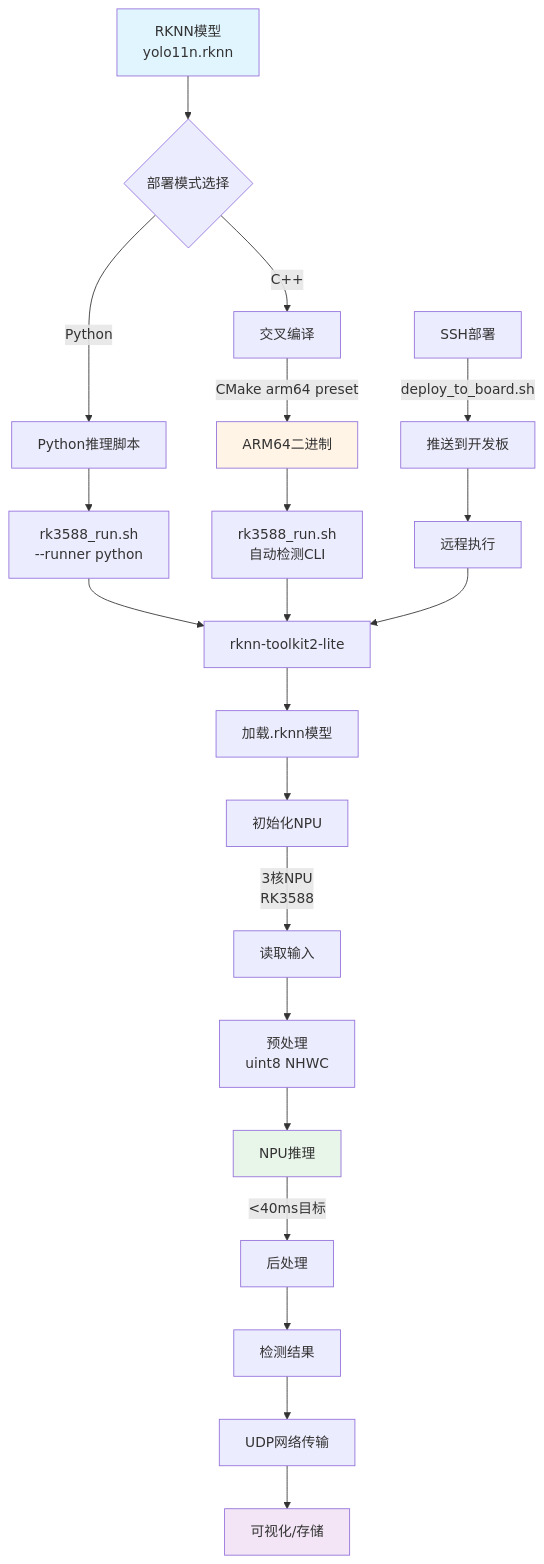
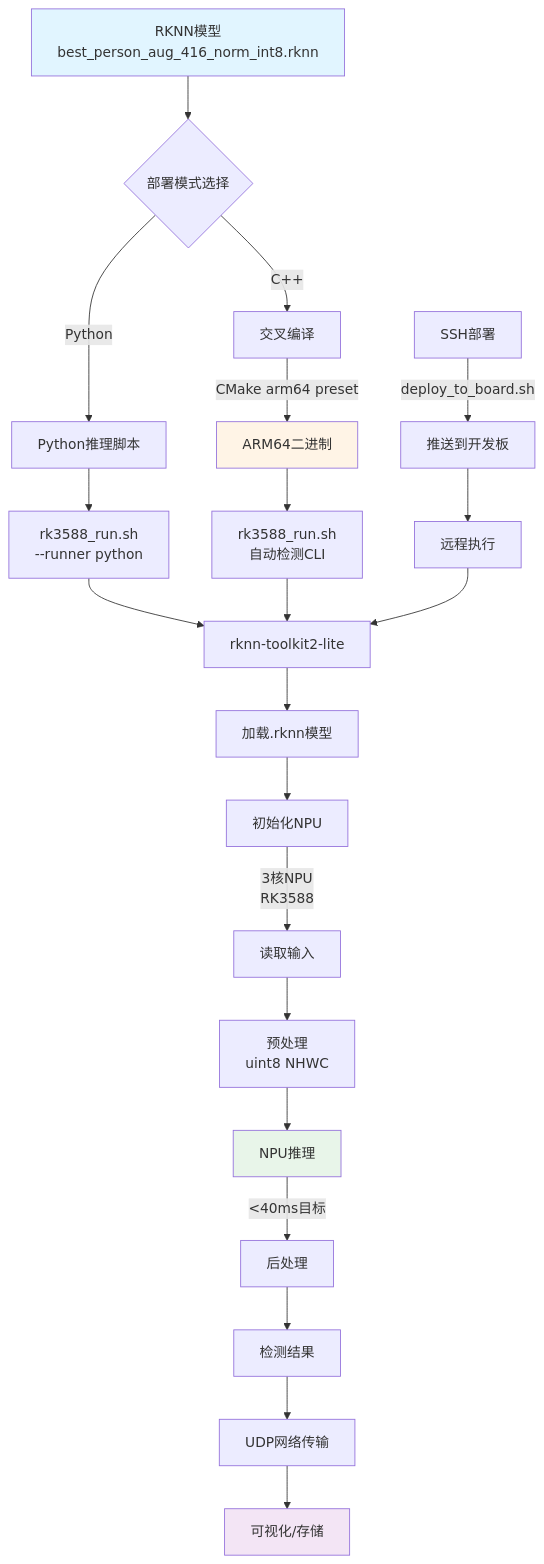
Before and after one commit to minsea01/rk-app: the third of 10 diagrams in docs/项目流程框图.md, drawn with Mermaid. The commit also changed other lines of this file and 111 other files, not shown here.

````diff
--- a/docs/项目流程框图.md
+++ b/docs/项目流程框图.md
@@ -64,31 +64,31 @@
 ```mermaid
 graph TD
-    A[RKNN模型<br/>yolo11n.rknn] --> B{部署模式选择}
+    A[RKNN模型<br/>best_person_aug_416_norm_int8.rknn] --> B{部署模式选择}
     B --> |Python| C[Python推理脚本]
     B --> |C++| D[交叉编译]
 
     C --> E[rk3588_run.sh<br/>--runner python]
     D --> |CMake arm64 preset| F[ARM64二进制]
     F --> G[rk3588_run.sh<br/>自动检测CLI]
 
     E --> H[rknn-toolkit2-lite]
     G --> H
     H --> I[加载.rknn模型]
     I --> J[初始化NPU]
     J --> |3核NPU<br/>RK3588| K[读取输入]
     K --> L[预处理<br/>uint8 NHWC]
     L --> M[NPU推理]
     M --> |<40ms目标| N[后处理]
     N --> O[检测结果]
     O --> P[UDP网络传输]
     P --> Q[可视化/存储]
 
     R[SSH部署] --> |deploy_to_board.sh| S[推送到开发板]
     S --> T[远程执行]
     T --> H
 
     style A fill:#e1f5ff
     style F fill:#fff4e6
     style M fill:#e8f5e9
     style Q fill:#f3e5f5
 ```
````
